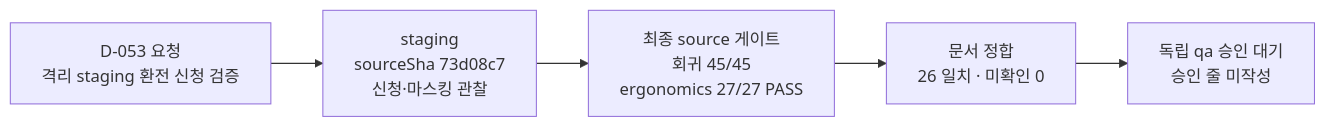
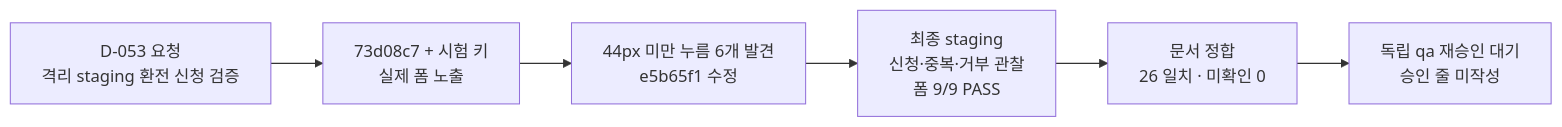
Before and after one commit to 100B-Adventures/haenael-ge: the diagram in docs/qa/qa-tracker.md, drawn with Mermaid. The commit also changed other lines of this file and 3 other files, not shown here.

````diff
--- a/docs/qa/qa-tracker.md
+++ b/docs/qa/qa-tracker.md
@@ -59,7 +60,8 @@
 ```mermaid
 flowchart LR
-  R["D-053 요청<br/>격리 staging 환전 신청 검증"] --> S["staging<br/>sourceSha 73d08c7<br/>신청·마스킹 관찰"]
-  S --> G["최종 source 게이트<br/>회귀 45/45<br/>ergonomics 27/27 PASS"]
+  R["D-053 요청<br/>격리 staging 환전 신청 검증"] --> S["73d08c7 + 시험 키<br/>실제 폼 노출"]
+  S --> F["44px 미만 누름 6개 발견<br/>e5b65f1 수정"]
+  F --> G["최종 staging<br/>신청·중복·거부 관찰<br/>폼 9/9 PASS"]
   G --> D["문서 정합<br/>26 일치 · 미확인 0"]
-  D --> A["독립 qa 승인 대기<br/>승인 줄 미작성"]
+  D --> A["독립 qa 재승인 대기<br/>승인 줄 미작성"]
 ```
````
